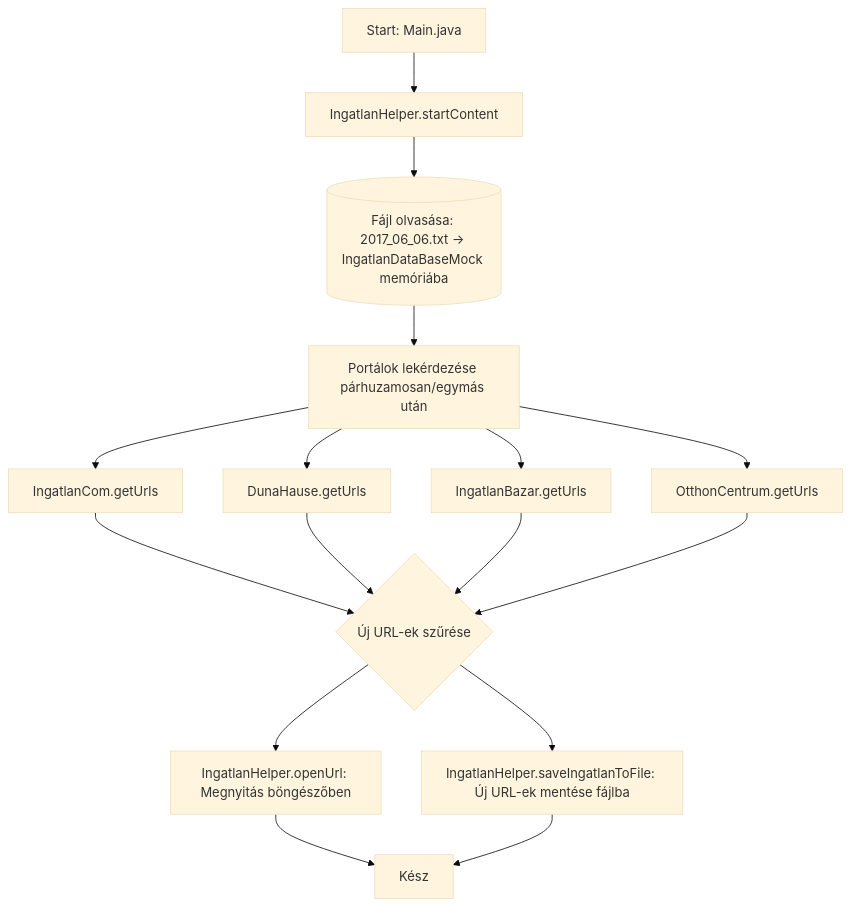
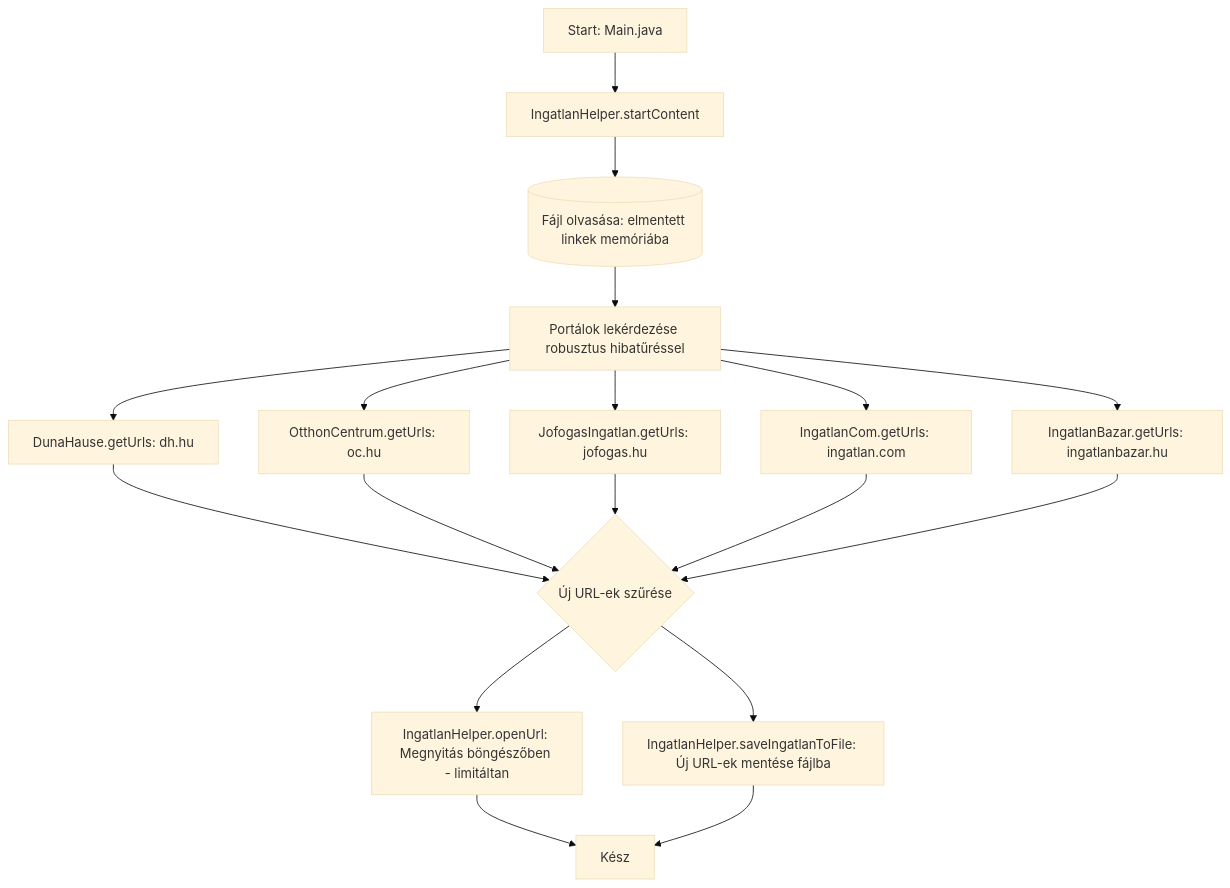
The diagram in gemini.md (Luxeonn/ingatlan-kereso), drawn with Mermaid (base theme) before and after one commit. The commit also changed other lines of this file and 8 other files, not shown here.

````diff
--- a/gemini.md
+++ b/gemini.md
@@ -58,14 +60,15 @@
 ```mermaid
 flowchart TD
     A[Start: Main.java] --> B[IngatlanHelper.startContent]
-    B --> C[(Fájl olvasása: 2017_06_06.txt -> IngatlanDataBaseMock memóriába)]
-    C --> D[Portálok lekérdezése párhuzamosan/egymás után]
-    D --> D1[IngatlanCom.getUrls]
-    D --> D2[DunaHause.getUrls]
-    D --> D3[IngatlanBazar.getUrls]
-    D --> D4[OtthonCentrum.getUrls]
-    D1 & D2 & D3 & D4 --> E{Új URL-ek szűrése}
-    E --> F[IngatlanHelper.openUrl: Megnyitás böngészőben]
+    B --> C[(Fájl olvasása: elmentett linkek memóriába)]
+    C --> D[Portálok lekérdezése robusztus hibatűréssel]
+    D --> D1[DunaHause.getUrls: dh.hu]
+    D --> D2[OtthonCentrum.getUrls: oc.hu]
+    D --> D3[JofogasIngatlan.getUrls: jofogas.hu]
+    D --> D4[IngatlanCom.getUrls: ingatlan.com]
+    D --> D5[IngatlanBazar.getUrls: ingatlanbazar.hu]
+    D1 & D2 & D3 & D4 & D5 --> E{Új URL-ek szűrése}
+    E --> F[IngatlanHelper.openUrl: Megnyitás böngészőben - limitáltan]
     E --> G[IngatlanHelper.saveIngatlanToFile: Új URL-ek mentése fájlba]
     F & G --> H[Kész]
 ```
````
